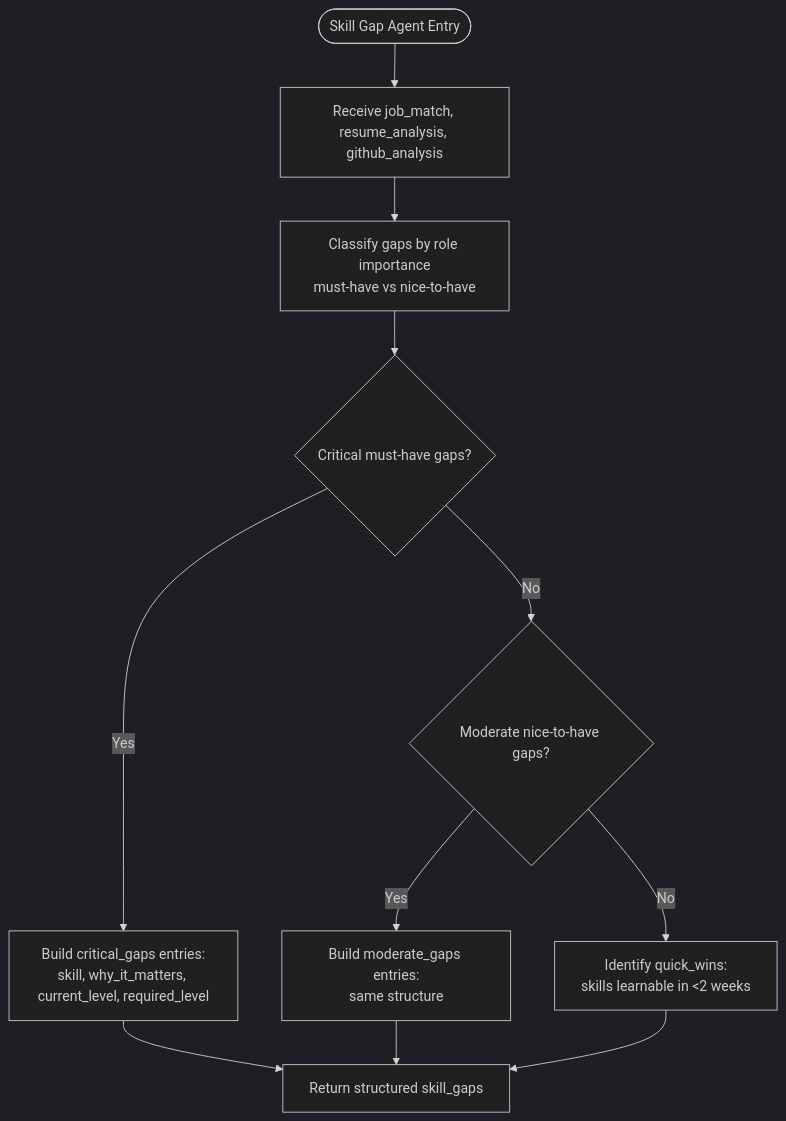
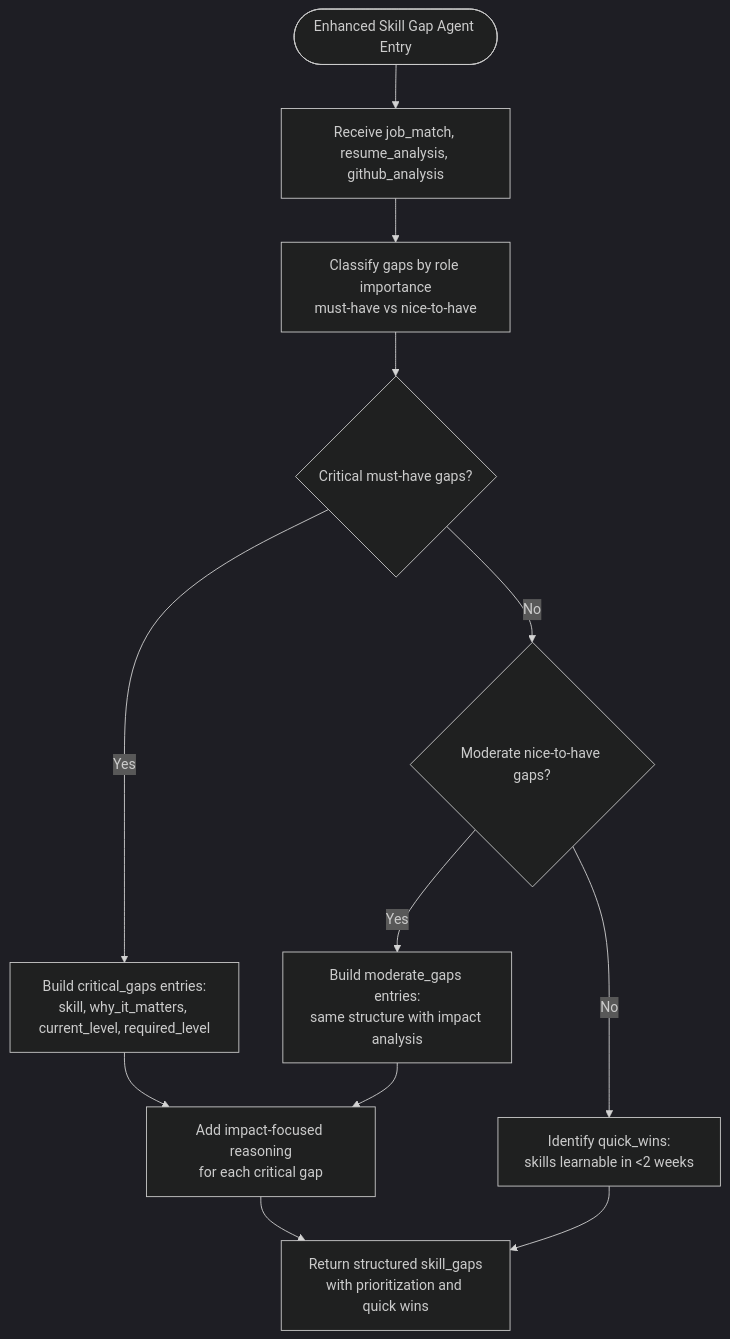
The third of 4 diagrams in .qoder/repowiki/en/content/Multi-Agent System/Skill Gap Agent.md (waqarimran342/CareerOS-AI), drawn with Mermaid (dark theme) before and after one commit. The commit also changed other lines of this file and 32 other files, not shown here.

````diff
--- a/.qoder/repowiki/en/content/Multi-Agent System/Skill Gap Agent.md
+++ b/.qoder/repowiki/en/content/Multi-Agent System/Skill Gap Agent.md
@@ -158,13 +171,14 @@
 ```mermaid
 flowchart TD
-Start(["Skill Gap Agent Entry"]) --> Input["Receive job_match, resume_analysis, github_analysis"]
+Start(["Enhanced Skill Gap Agent Entry"]) --> Input["Receive job_match, resume_analysis, github_analysis"]
 Input --> Classify["Classify gaps by role importance<br/>must-have vs nice-to-have"]
 Classify --> Critical{"Critical must-have gaps?"}
 Critical --> |Yes| BuildCritical["Build critical_gaps entries:<br/>skill, why_it_matters, current_level, required_level"]
 Critical --> |No| Moderate{"Moderate nice-to-have gaps?"}
-Moderate --> |Yes| BuildModerate["Build moderate_gaps entries:<br/>same structure"]
+Moderate --> |Yes| BuildModerate["Build moderate_gaps entries:<br/>same structure with impact analysis"]
 Moderate --> |No| QuickWins["Identify quick_wins:<br/>skills learnable in <2 weeks"]
-BuildCritical --> Output["Return structured skill_gaps"]
-BuildModerate --> Output
+BuildCritical --> ImpactAnalysis["Add impact-focused reasoning<br/>for each critical gap"]
+BuildModerate --> ImpactAnalysis
+ImpactAnalysis --> Output["Return structured skill_gaps<br/>with prioritization and quick wins"]
 QuickWins --> Output
 ```
````
